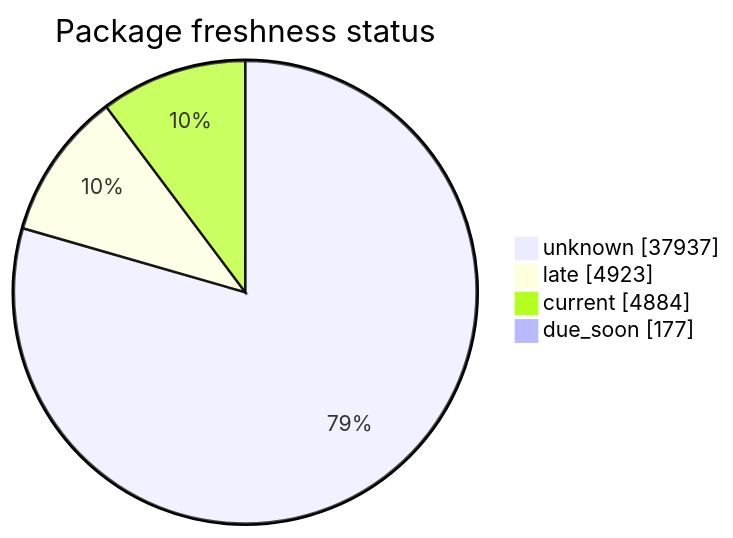
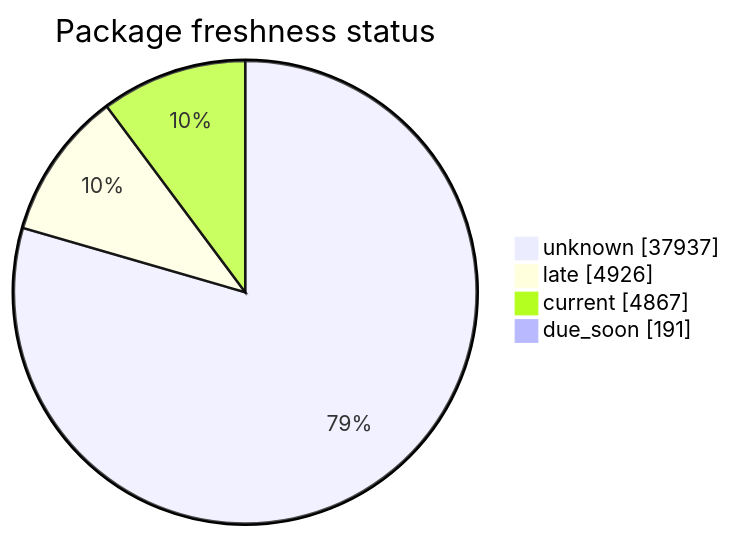
Before and after one commit to open-data/analytics-corporate-reporting: the second of 5 diagrams in FreshCheck/README.md, drawn with Mermaid. The commit also changed other lines of this file and 3 other files, not shown here.

````diff
--- a/FreshCheck/README.md
+++ b/FreshCheck/README.md
@@ -68,7 +68,7 @@
 ```mermaid
 pie showData title Package freshness status
     "unknown": 37937
-    "late": 4923
-    "current": 4884
-    "due_soon": 177
+    "late": 4926
+    "current": 4867
+    "due_soon": 191
 ```
````
